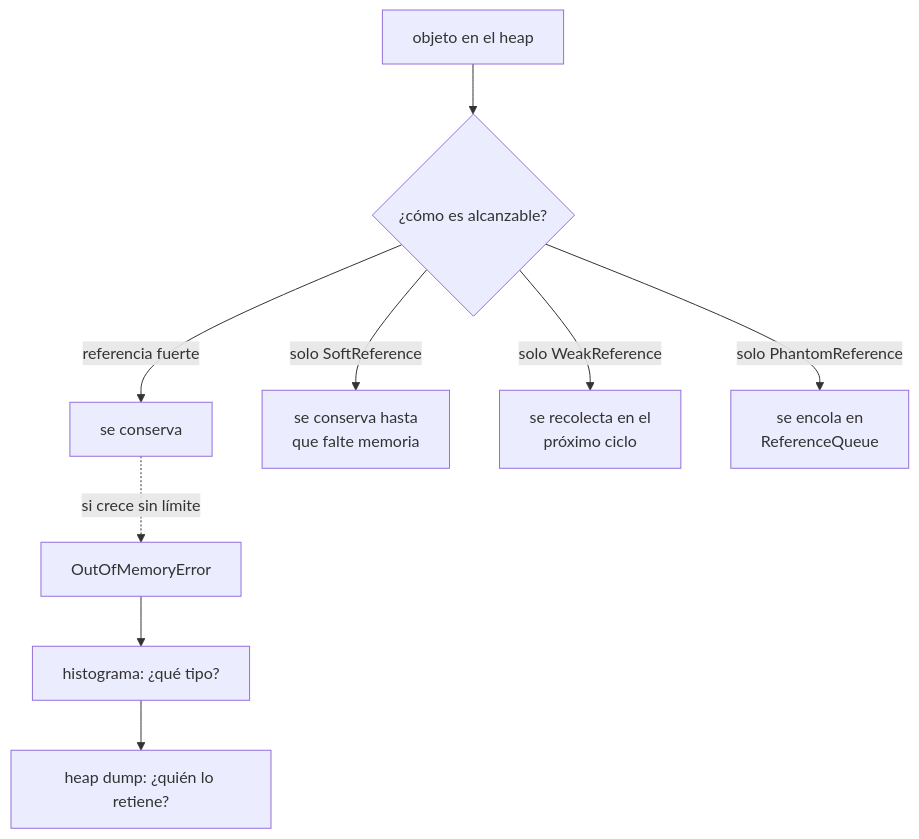
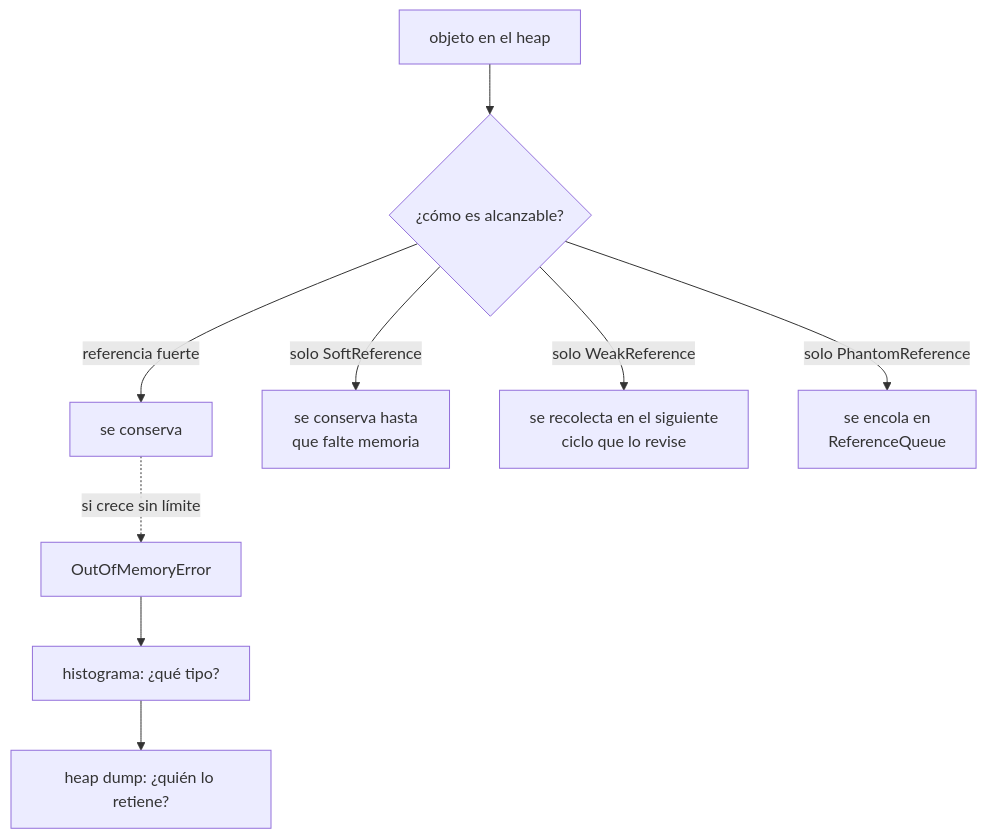
Before and after one commit to NICORUIZ93/The_Imperial_Book: the third of 4 diagrams in web/public/content/java/modulo-11.md, drawn with Mermaid. The commit also changed other lines of this file and 65 other files, not shown here.

````diff
--- a/web/public/content/java/modulo-11.md
+++ b/web/public/content/java/modulo-11.md
@@ -1197,11 +1364,11 @@
 ```mermaid
 flowchart TD
   OBJ["objeto en el heap"] --> F{"¿cómo es alcanzable?"}
   F -- "referencia fuerte" --> KEEP["se conserva"]
   F -- "solo SoftReference" --> SOFT["se conserva hasta<br/>que falte memoria"]
-  F -- "solo WeakReference" --> WEAK["se recolecta en el<br/>próximo ciclo"]
+  F -- "solo WeakReference" --> WEAK["se recolecta en el siguiente<br/>ciclo que lo revise"]
   F -- "solo PhantomReference" --> PH["se encola en<br/>ReferenceQueue"]
   KEEP -. "si crece sin límite" .-> OOM["OutOfMemoryError"]
   OOM --> HISTO["histograma: ¿qué tipo?"]
   HISTO --> DUMP["heap dump: ¿quién lo retiene?"]
 ```
````
